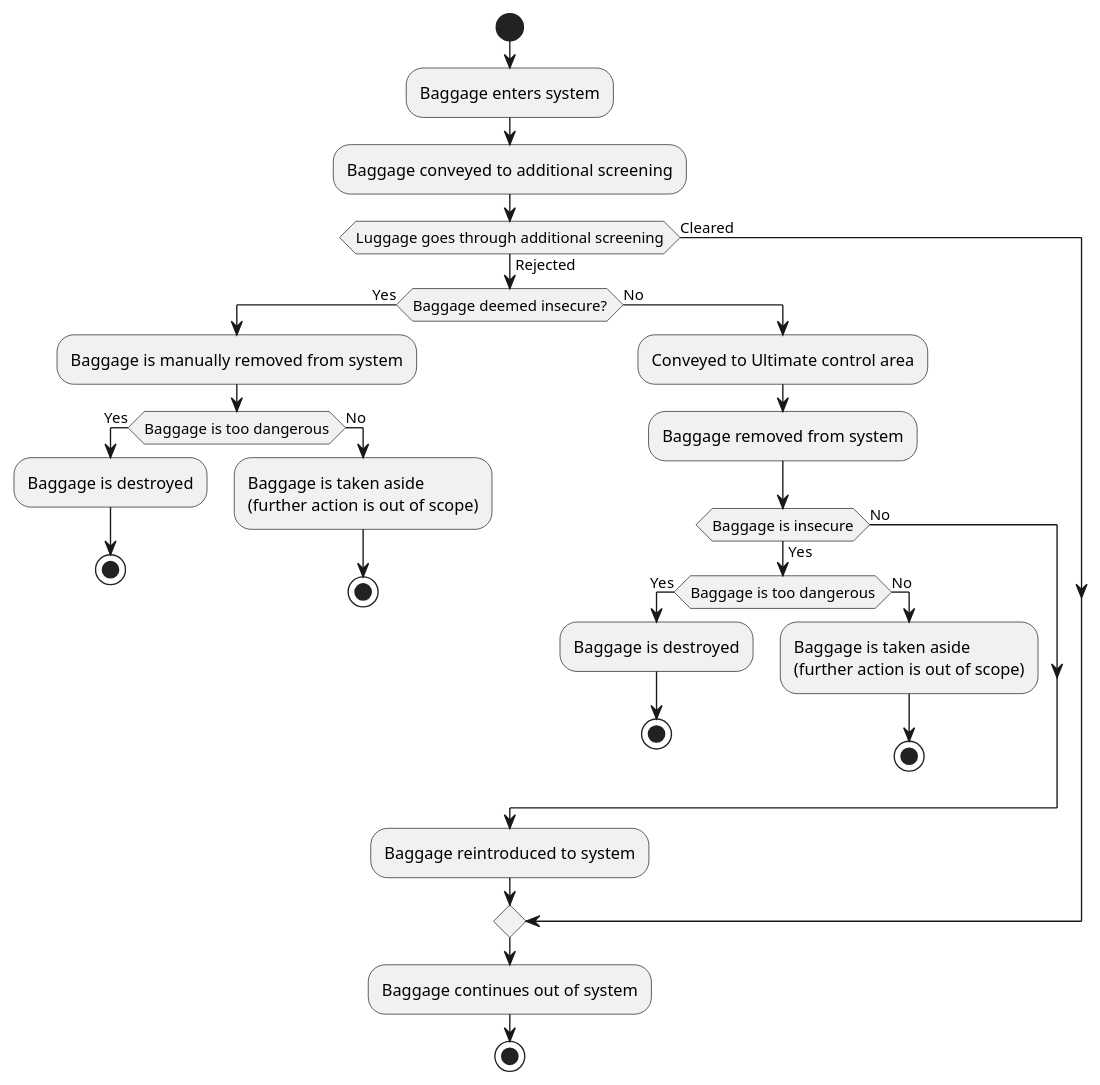
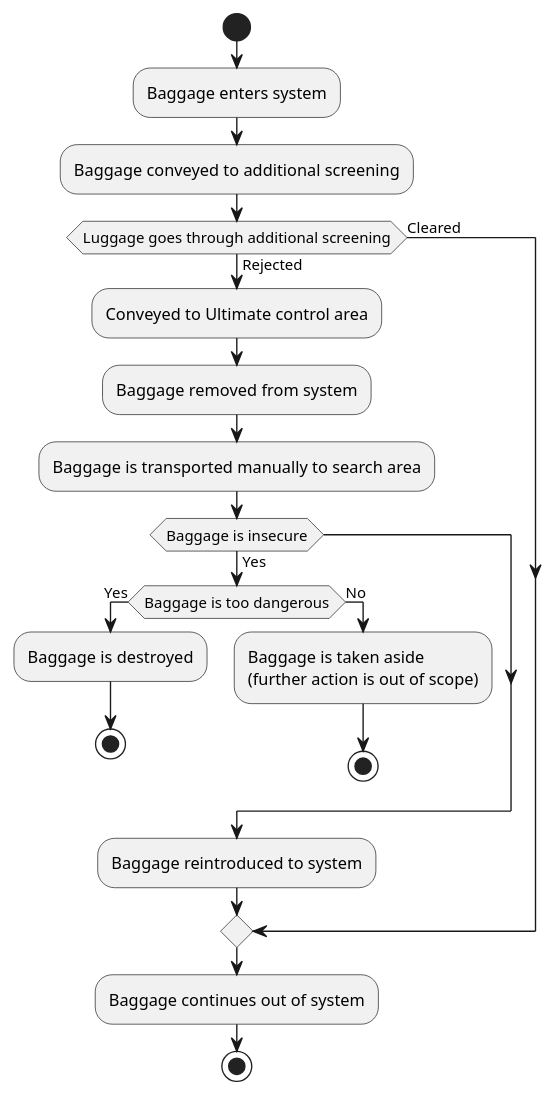
One commit to TristanMoe/CompanyH changed the diagram in Diagrammer/preliminary_flowchart.wsd. Above: the diagram before and after it, drawn with PlantUML. The commit also changed 3 other files, not shown here.

Commit message:
interface diagram added for DDD

```diff
--- a/Diagrammer/preliminary_flowchart.wsd
+++ b/Diagrammer/preliminary_flowchart.wsd
@@ -1,41 +1,30 @@
 @startuml
 skinparam monochrome true
 start
 :Baggage enters system;
 
 :Baggage conveyed to additional screening;
 
 if (Luggage goes through additional screening) then (Rejected)
-  if (Baggage deemed insecure?) then (Yes) 
-    :Baggage is manually removed from system;
-     if (Baggage is too dangerous) then (Yes)
-        :Baggage is destroyed;
-        stop
-    else (No)
-        :Baggage is taken aside\n(further action is out of scope);
-        stop
-    endif
-  else (No)
     :Conveyed to Ultimate control area;
     :Baggage removed from system;
+    :Baggage is transported manually to search area;
     if (Baggage is insecure) then (Yes)
      if (Baggage is too dangerous) then (Yes)
         :Baggage is destroyed;
         stop
     else (No)
         :Baggage is taken aside\n(further action is out of scope);
         stop
     endif
-    else (No)
-    endif 
   endif  
   :Baggage reintroduced to system;
   
 else (Cleared)
   
 endif
   :Baggage continues out of system;
 stop
 
 
 @enduml
```
